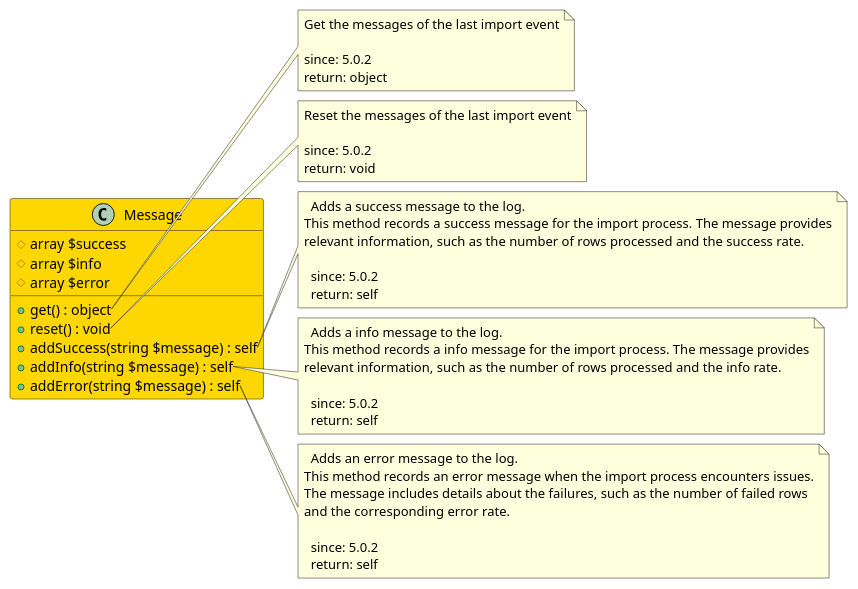
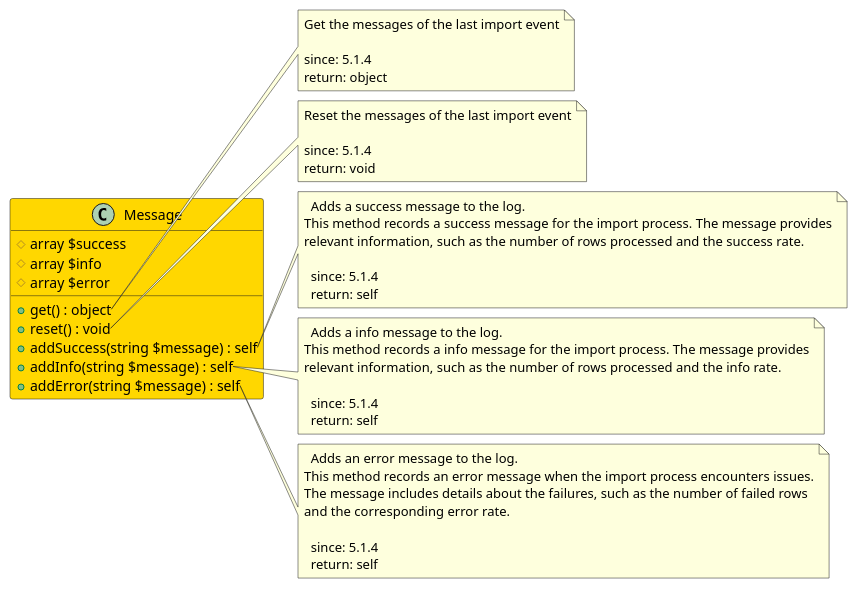
The diagram in src/25a4968a-94a1-415f-9353-3fc131773a82/README.md (joomengine/super-powers), drawn with PlantUML before and after one commit. The commit also changed other lines of this file and 115 other files, not shown here.

````diff
--- a/src/25a4968a-94a1-415f-9353-3fc131773a82/README.md
+++ b/src/25a4968a-94a1-415f-9353-3fc131773a82/README.md
@@ -5,58 +5,58 @@
 ```uml
 @startuml
 
 class Message  #Gold {
   # array $success
   # array $info
   # array $error
   + get() : object
   + reset() : void
   + addSuccess(string $message) : self
   + addInfo(string $message) : self
   + addError(string $message) : self
 }
 
 note right of Message::get
   Get the messages of the last import event
 
-  since: 5.0.2
+  since: 5.1.4
   return: object
 end note
 
 note right of Message::reset
   Reset the messages of the last import event
 
-  since: 5.0.2
+  since: 5.1.4
   return: void
 end note
 
 note right of Message::addSuccess
   Adds a success message to the log.
 This method records a success message for the import process. The message provides
 relevant information, such as the number of rows processed and the success rate.
 
-  since: 5.0.2
+  since: 5.1.4
   return: self
 end note
 
 note right of Message::addInfo
   Adds a info message to the log.
 This method records a info message for the import process. The message provides
 relevant information, such as the number of rows processed and the info rate.
 
-  since: 5.0.2
+  since: 5.1.4
   return: self
 end note
 
 note right of Message::addError
   Adds an error message to the log.
 This method records an error message when the import process encounters issues.
 The message includes details about the failures, such as the number of failed rows
 and the corresponding error rate.
 
-  since: 5.0.2
+  since: 5.1.4
   return: self
 end note
 
 @enduml
 ```
````
